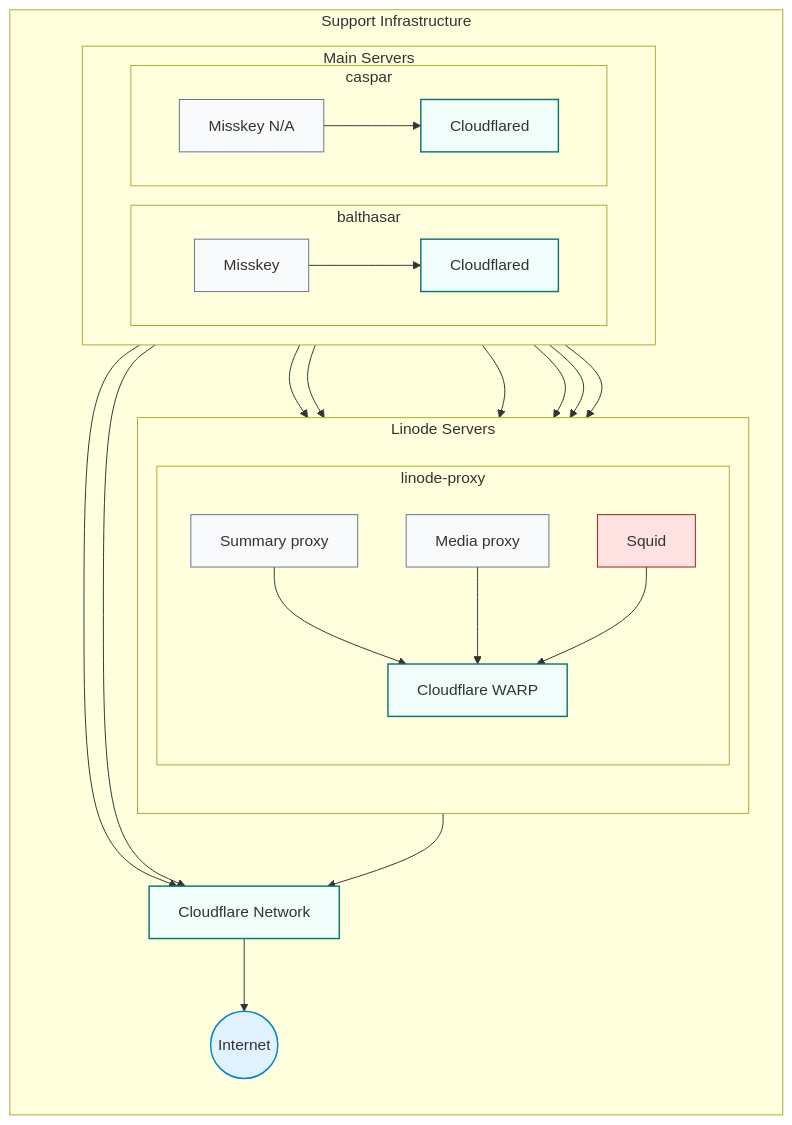
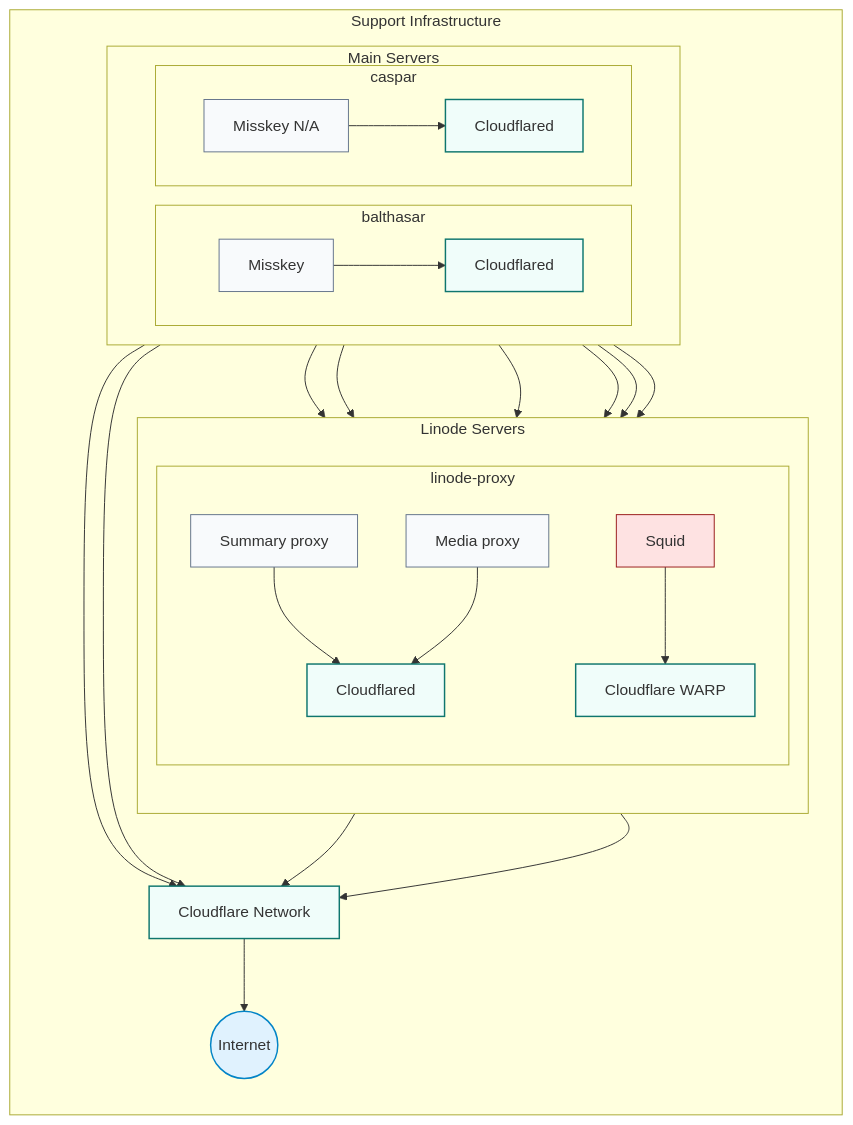
Before and after one commit to yamisskey-dev/hosted-list: the fourth of 4 diagrams in README.md, drawn with Mermaid.

````diff
--- a/README.md
+++ b/README.md
@@ -292,60 +292,60 @@
 ```mermaid
 graph TB
-%% Style definitions
 classDef homeServer fill:#e2e8f0,stroke:#334155,stroke-width:2px
 classDef service fill:#f8fafc,stroke:#64748b,stroke-width:1px
 classDef security fill:#fee2e2,stroke:#991b1b,stroke-width:1px
 classDef cloudflare fill:#f0fdfa,stroke:#0f766e,stroke-width:1.5px
 classDef internet fill:#e0f2fe,stroke:#0284c7,stroke-width:1.5px
 
-%% Support Infrastructure
 subgraph support[Support Infrastructure]
     direction TB
     
     subgraph linode[Linode Servers]
         direction TB
         subgraph proxy[linode-proxy]
             summaryproxy[Summary proxy]:::service
             mediaproxy[Media proxy]:::service
             squid[Squid]:::security
             warp[Cloudflare WARP]:::cloudflare
+            cloudflared_p[Cloudflared]:::cloudflare
         end
     end
     
-    %% Main Servers
     subgraph main_servers[Main Servers]
         direction LR
         subgraph balthasar[balthasar]
             yamisskey[Misskey]:::service
             cloudflared_b[Cloudflared]:::cloudflare
         end
         subgraph caspar[caspar]
             nayamisskey[Misskey N/A]:::service
             cloudflared_c[Cloudflared]:::cloudflare
         end
     end
     
-    %% External networks
     cloudflare_network[Cloudflare Network]:::cloudflare
     internet((Internet)):::internet
 end
 
 %% Misskey -> proxies
 yamisskey --> summaryproxy & mediaproxy & squid
 nayamisskey --> summaryproxy & mediaproxy & squid
 
 %% Misskey -> Cloudflared
 yamisskey --> cloudflared_b
 nayamisskey --> cloudflared_c
 
-%% Proxies -> WARP
-summaryproxy & mediaproxy & squid --> warp
+%% Proxies connections
+summaryproxy --> cloudflared_p
+mediaproxy --> cloudflared_p
+squid --> warp
 
 %% WARP出口
 warp --> cloudflare_network
 cloudflare_network --> internet
 
-%% Cloudflared -> Cloudflare Network (直接)
+%% Cloudflared -> Cloudflare Network
 cloudflared_b --> cloudflare_network
 cloudflared_c --> cloudflare_network
+cloudflared_p --> cloudflare_network
 ```
````
